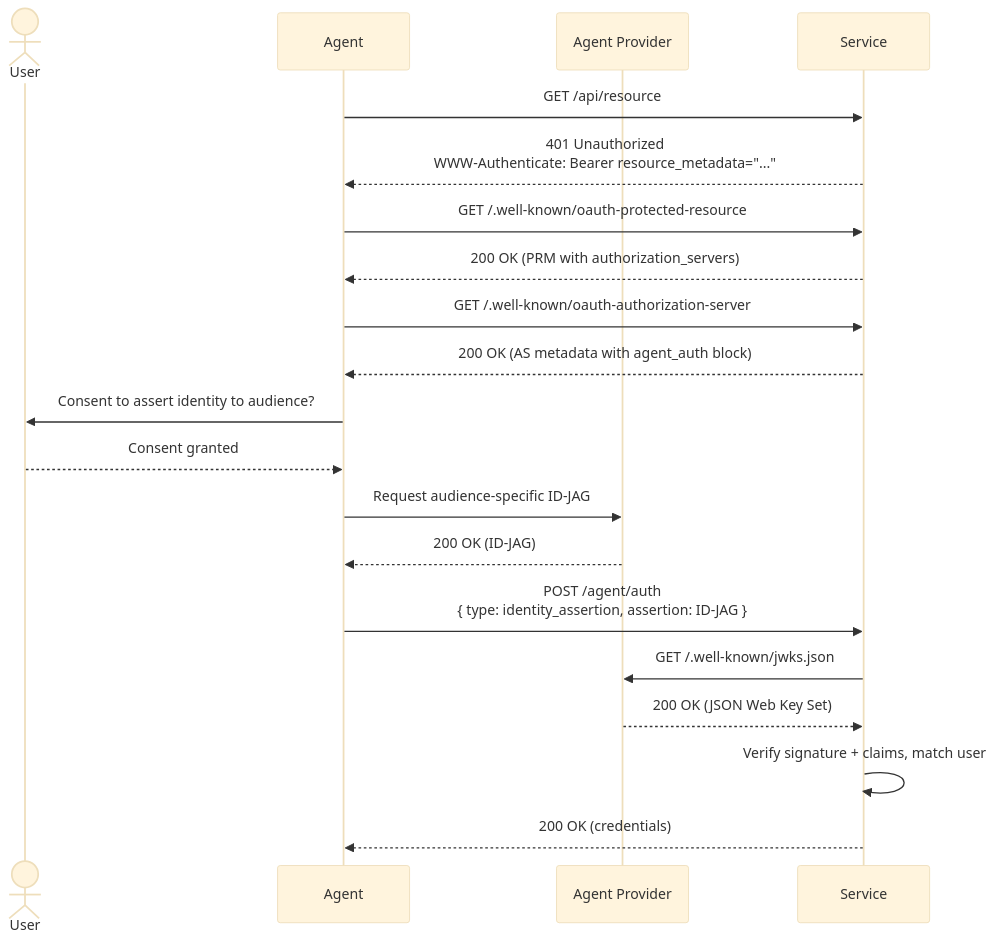
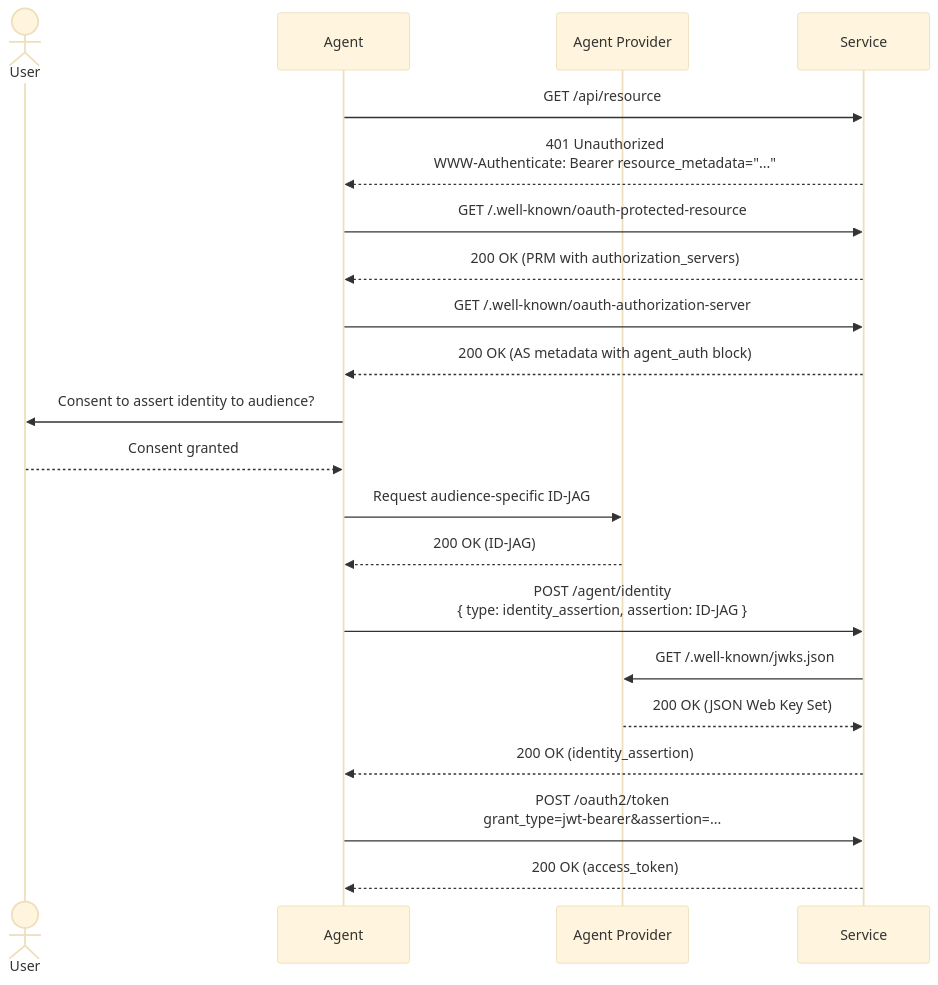
Before and after one commit to timothybrush/auth.md: the first of 3 diagrams in README.md, drawn with Mermaid (base theme). The commit also changed other lines of this file and 15 other files, not shown here.

First line of the commit message:
Split identity and token endpoints

````diff
--- a/README.md
+++ b/README.md
@@ -71,27 +75,29 @@
 ```mermaid
 sequenceDiagram
     actor User
     participant Agent
     participant Provider as Agent Provider
     participant Service
 
     Agent->>Service: GET /api/resource
     Service-->>Agent: 401 Unauthorized<br/>WWW-Authenticate: Bearer resource_metadata="..."
 
     Agent->>Service: GET /.well-known/oauth-protected-resource
     Service-->>Agent: 200 OK (PRM with authorization_servers)
     Agent->>Service: GET /.well-known/oauth-authorization-server
     Service-->>Agent: 200 OK (AS metadata with agent_auth block)
 
     Agent->>User: Consent to assert identity to audience?
     User-->>Agent: Consent granted
 
     Agent->>Provider: Request audience-specific ID-JAG
     Provider-->>Agent: 200 OK (ID-JAG)
 
-    Agent->>Service: POST /agent/auth<br/>{ type: identity_assertion, assertion: ID-JAG }
+    Agent->>Service: POST /agent/identity<br/>{ type: identity_assertion, assertion: ID-JAG }
     Service->>Provider: GET /.well-known/jwks.json
     Provider-->>Service: 200 OK (JSON Web Key Set)
-    Service->>Service: Verify signature + claims, match user
-    Service-->>Agent: 200 OK (credentials)
+    Service-->>Agent: 200 OK (identity_assertion)
+
+    Agent->>Service: POST /oauth2/token<br/>grant_type=jwt-bearer&assertion=...
+    Service-->>Agent: 200 OK (access_token)
 ```
````
